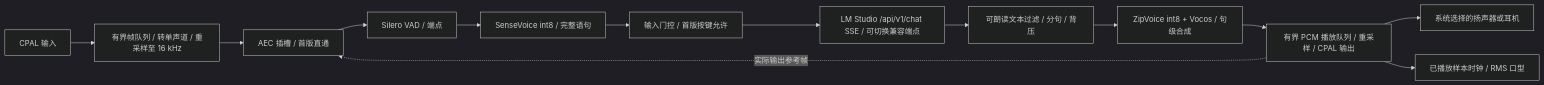
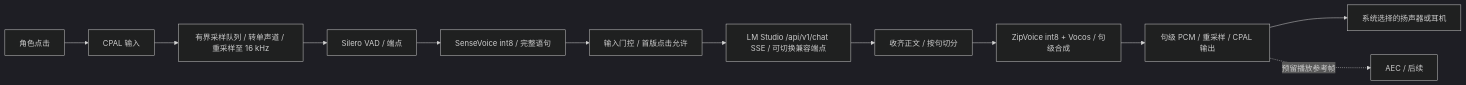
The diagram in docs/19-p3-voice-pipeline.md (Abandon-ht/DesktopPet), drawn with Mermaid (dark theme) before and after one commit. The commit also changed other lines of this file and 21 other files, not shown here.

````diff
--- a/docs/19-p3-voice-pipeline.md
+++ b/docs/19-p3-voice-pipeline.md
@@ -9,15 +9,14 @@
 ```mermaid
 flowchart LR
-  MIC[CPAL 输入] --> R[有界帧队列 / 转单声道 / 重采样至 16 kHz]
-  R --> E[AEC 插槽 / 首版直通]
-  E --> V[Silero VAD / 端点]
+  CLICK[角色点击] --> MIC[CPAL 输入]
+  MIC --> R[有界采样队列 / 转单声道 / 重采样至 16 kHz]
+  R --> V[Silero VAD / 端点]
   V --> A[SenseVoice int8 / 完整语句]
-  A --> G[输入门控 / 首版按键允许]
+  A --> G[输入门控 / 首版点击允许]
   G --> L[LM Studio /api/v1/chat SSE / 可切换兼容端点]
-  L --> S[可朗读文本过滤 / 分句 / 背压]
+  L --> S[收齐正文 / 按句切分]
   S --> T[ZipVoice int8 + Vocos / 句级合成]
-  T --> O[有界 PCM 播放队列 / 重采样 / CPAL 输出]
+  T --> O[句级 PCM / 重采样 / CPAL 输出]
   O --> SP[系统选择的扬声器或耳机]
-  O --> LIP[已播放样本时钟 / RMS 口型]
-  O -. 实际输出参考帧 .-> E
+  O -. 预留播放参考帧 .-> E[AEC / 后续]
 ```
````
